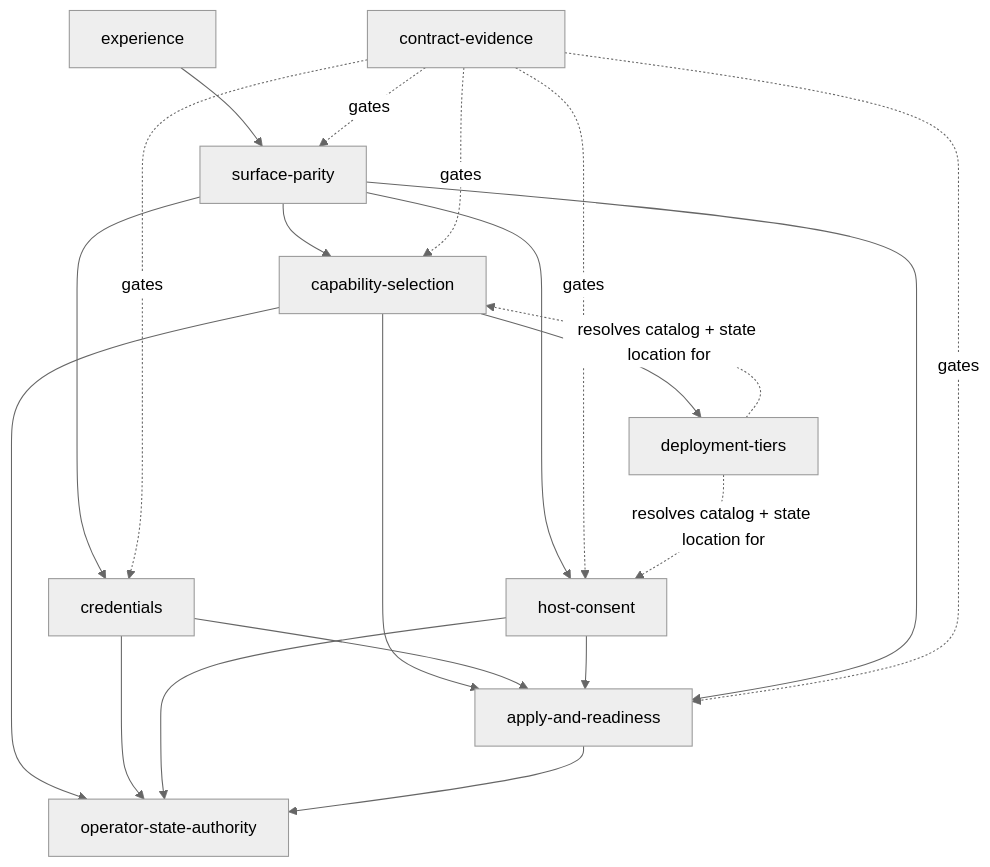
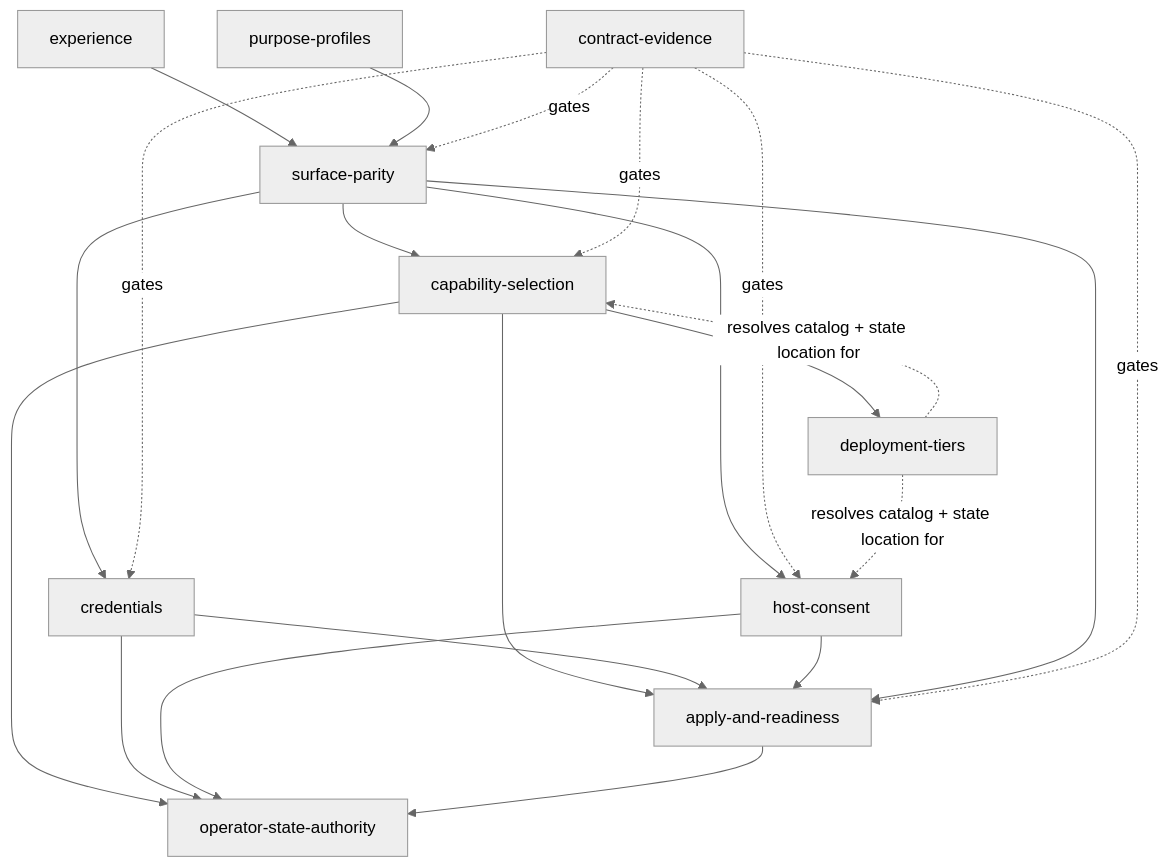
Before and after one commit to Vrooli/Vrooli: the diagram in scenarios/vrooli-onboarding/docs/concepts/DOMAINS.md, drawn with Mermaid (neutral theme). The commit also changed other lines of this file and 343 other files, not shown here.

````diff
--- a/scenarios/vrooli-onboarding/docs/concepts/DOMAINS.md
+++ b/scenarios/vrooli-onboarding/docs/concepts/DOMAINS.md
@@ -24,12 +25,13 @@
 ```mermaid
 flowchart TB
   CS["capability-selection"] --> AR["apply-and-readiness"]
   CS --> DT["deployment-tiers"]
   CR["credentials"] --> AR
   HC["host-consent"] --> AR
   CS & CR & HC & AR --> OSA["operator-state-authority"]
   SP["surface-parity"] --> CS & CR & HC & AR
   EX["experience"] --> SP
+  PP["purpose-profiles"] --> SP
   CE["contract-evidence"] -. "gates" .-> SP & CS & CR & HC & AR
   DT -. "resolves catalog + state location for" .-> CS & HC
 ```
````
